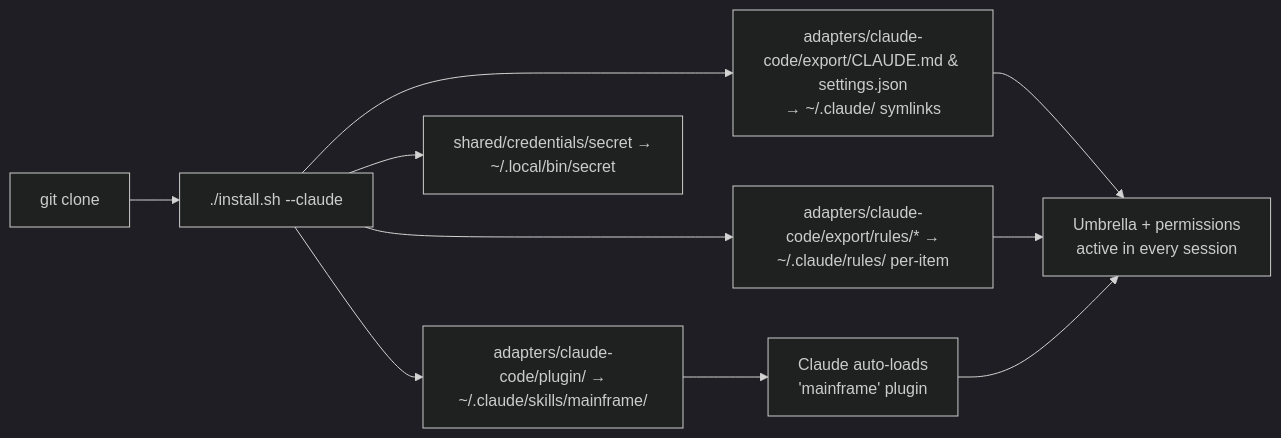
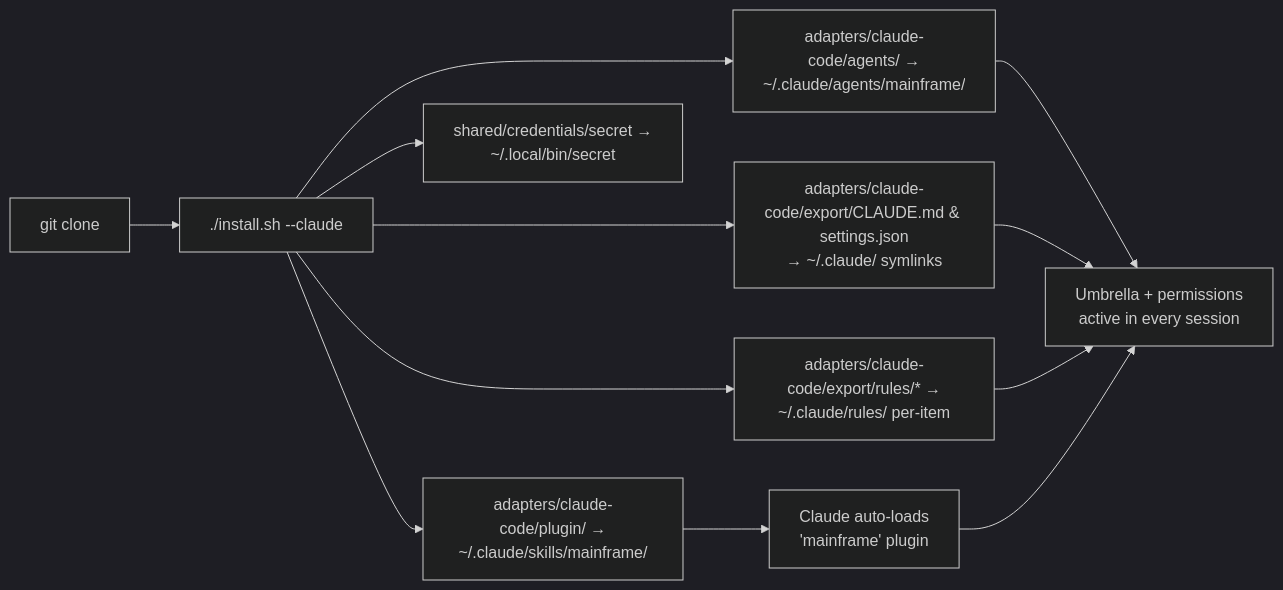
Before and after one commit to CATWILLgh/MAINFRAME: the second of 4 diagrams in README.md, drawn with Mermaid (dark theme). The commit also changed other lines of this file and 233 other files, not shown here.

Commit message:
refactor(claude-code): simplify delivery and specialist layers

````diff
--- a/README.md
+++ b/README.md
@@ -229,12 +221,14 @@
 ```mermaid
 graph LR
     A[git clone] --> B[./install.sh --claude]
     B --> C[adapters/claude-code/plugin/ →<br/>~/.claude/skills/mainframe/]
+    B --> I[adapters/claude-code/agents/ →<br/>~/.claude/agents/mainframe/]
     B --> D[adapters/claude-code/export/CLAUDE.md & settings.json<br/>→ ~/.claude/ symlinks]
     B --> E[adapters/claude-code/export/rules/* →<br/>~/.claude/rules/ per-item]
     B --> H[shared/credentials/secret →<br/>~/.local/bin/secret]
     C --> F[Claude auto-loads<br/>'mainframe' plugin]
+    I --> G
     D --> G[Umbrella + permissions<br/>active in every session]
     E --> G
     F --> G
 ```
````
